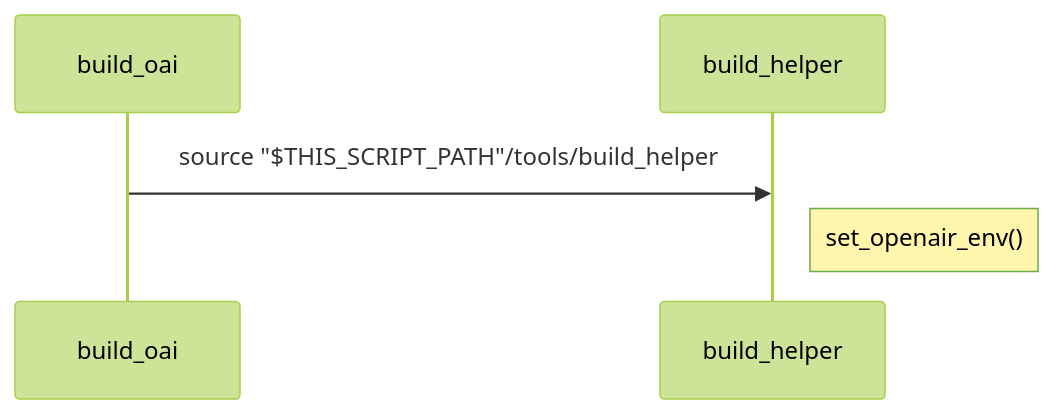
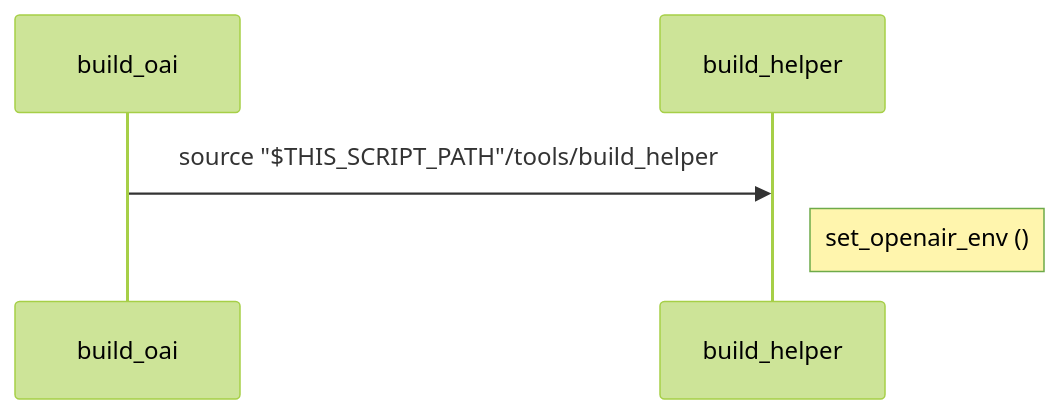
One commit to LuQingjuan/NoteBook changed the second of 4 diagrams in Vault/00 OAI/02 Knowledge/OAI.md. Above: the diagram before and after it, drawn with Mermaid (forest theme). The commit also changed other lines of this file and 11 other files, not shown here.

````diff
--- a/Vault/00 OAI/02 Knowledge/OAI.md
+++ b/Vault/00 OAI/02 Knowledge/OAI.md
@@ -23,7 +23,7 @@
 ```mermaid
   sequenceDiagram
     participant oai as build_oai
     participant help as build_helper
     oai->>help:source "$THIS_SCRIPT_PATH"/tools/build_helper
-    Note right of help:set_openair_env()
+    Note right of help:set_openair_env ()
 ```
````
